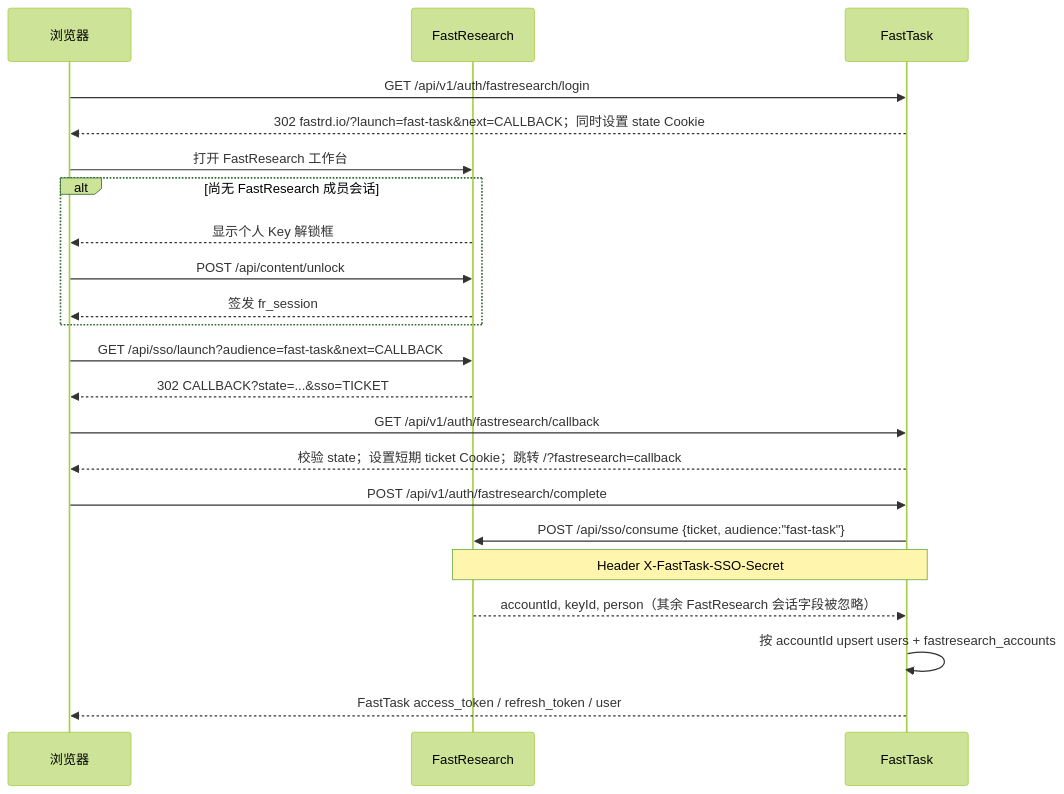
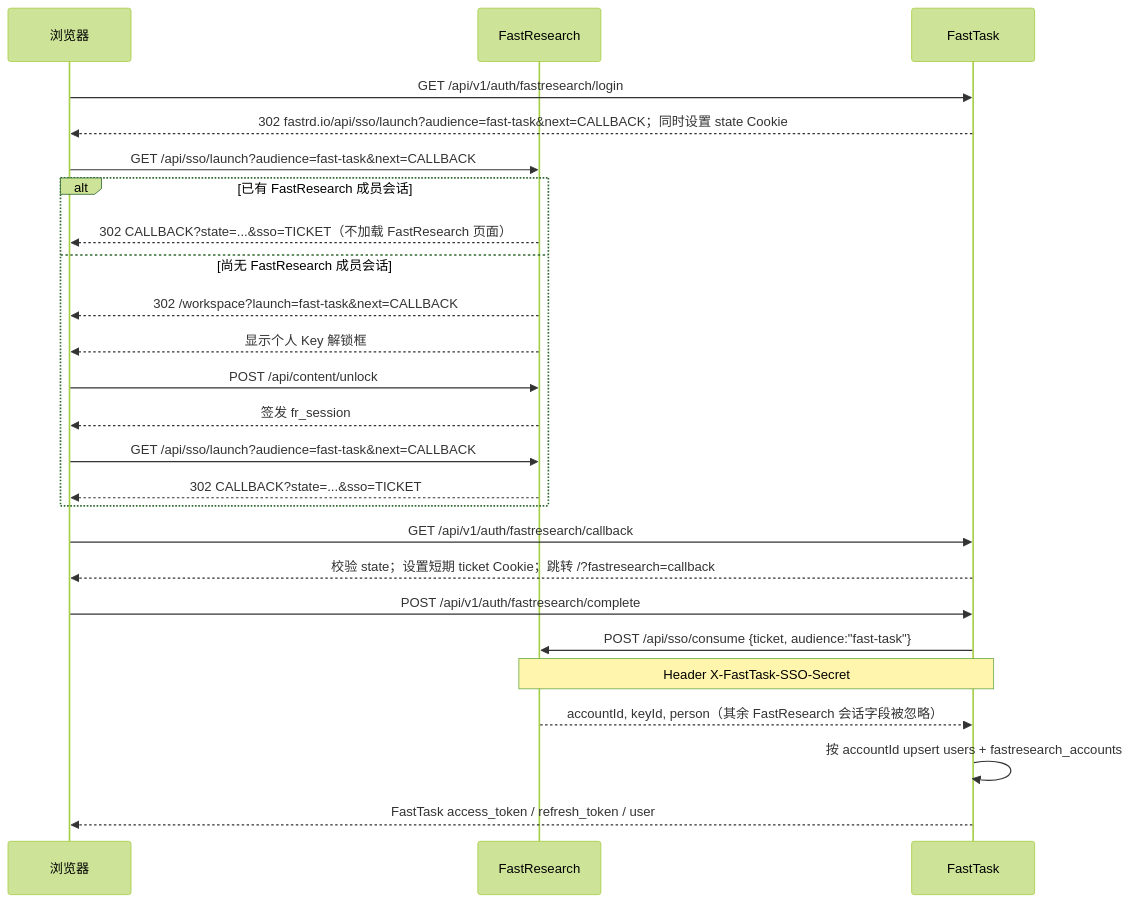
One commit to FastR-D/FastTask changed the second of 4 diagrams in docs/fastresearch-integration.md. Above: the diagram before and after it, drawn with Mermaid (forest theme). The commit also changed 1 other file, not shown here.

Commit message:
fix(auth): redirect FastResearch login directly to SSO

````diff
--- a/docs/fastresearch-integration.md
+++ b/docs/fastresearch-integration.md
@@ -82,25 +82,28 @@
 ```mermaid
 sequenceDiagram
     participant B as 浏览器
     participant FR as FastResearch
     participant FT as FastTask
 
     B->>FT: GET /api/v1/auth/fastresearch/login
-    FT-->>B: 302 fastrd.io/?launch=fast-task&next=CALLBACK；同时设置 state Cookie
-    B->>FR: 打开 FastResearch 工作台
-    alt 尚无 FastResearch 成员会话
+    FT-->>B: 302 fastrd.io/api/sso/launch?audience=fast-task&next=CALLBACK；同时设置 state Cookie
+    B->>FR: GET /api/sso/launch?audience=fast-task&next=CALLBACK
+    alt 已有 FastResearch 成员会话
+        FR-->>B: 302 CALLBACK?state=...&sso=TICKET（不加载 FastResearch 页面）
+    else 尚无 FastResearch 成员会话
+        FR-->>B: 302 /workspace?launch=fast-task&next=CALLBACK
         FR-->>B: 显示个人 Key 解锁框
         B->>FR: POST /api/content/unlock
         FR-->>B: 签发 fr_session
+        B->>FR: GET /api/sso/launch?audience=fast-task&next=CALLBACK
+        FR-->>B: 302 CALLBACK?state=...&sso=TICKET
     end
-    B->>FR: GET /api/sso/launch?audience=fast-task&next=CALLBACK
-    FR-->>B: 302 CALLBACK?state=...&sso=TICKET
     B->>FT: GET /api/v1/auth/fastresearch/callback
     FT-->>B: 校验 state；设置短期 ticket Cookie；跳转 /?fastresearch=callback
     B->>FT: POST /api/v1/auth/fastresearch/complete
     FT->>FR: POST /api/sso/consume {ticket, audience:"fast-task"}
     Note over FT,FR: Header X-FastTask-SSO-Secret
     FR-->>FT: accountId, keyId, person（其余 FastResearch 会话字段被忽略）
     FT->>FT: 按 accountId upsert users + fastresearch_accounts
     FT-->>B: FastTask access_token / refresh_token / user
 ```
````
